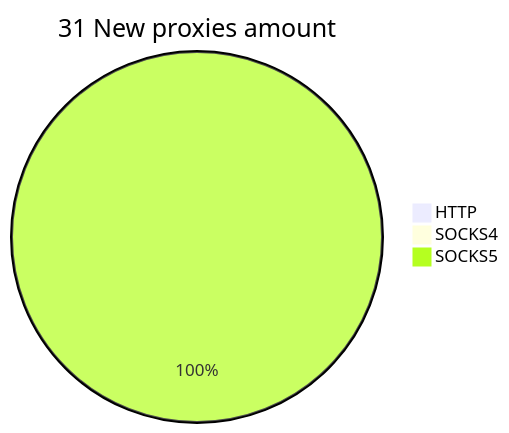
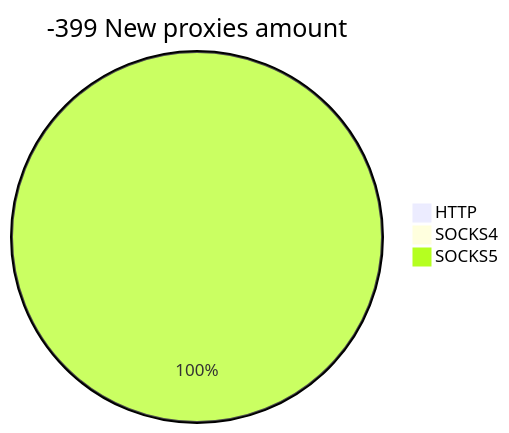
One commit to cutipu/proxylist changed the second of 2 diagrams in README.md. Above: the diagram before and after it, drawn with Mermaid. The commit also changed other lines of this file, not shown here.

````diff
--- a/README.md
+++ b/README.md
@@ -10,6 +10,6 @@
 ```mermaid
-pie title 31 New proxies amount
+pie title -399 New proxies amount
     "HTTP" : 0
     "SOCKS4" : 0
-    "SOCKS5" : 31
+    "SOCKS5" : 1
 ```
````
